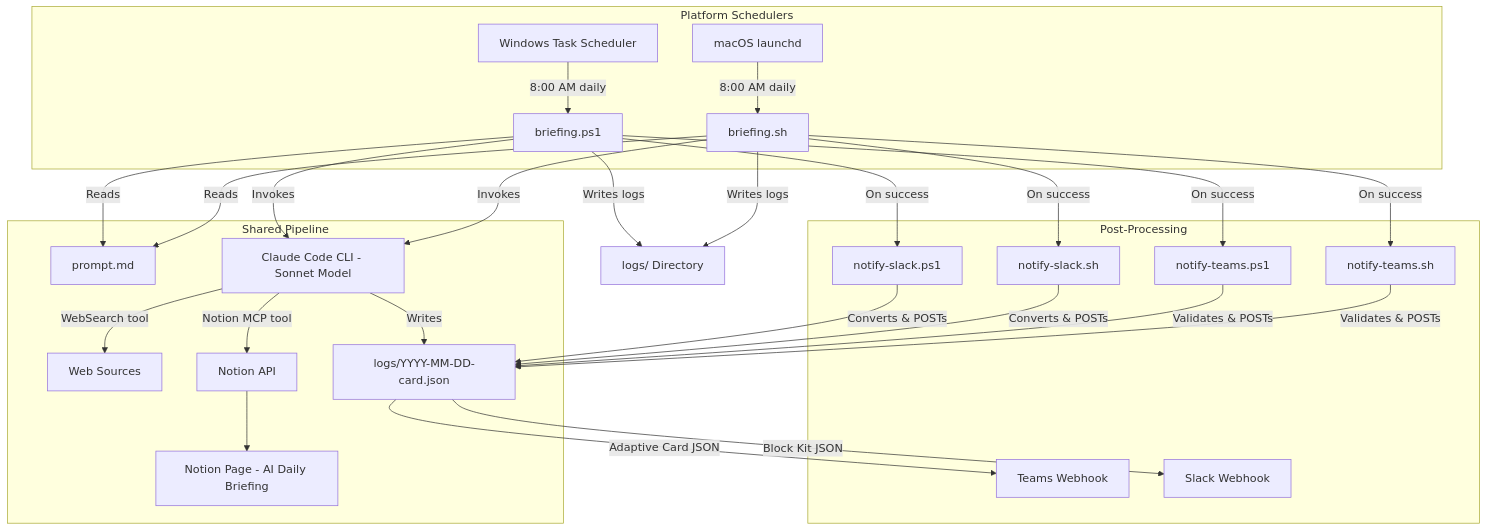
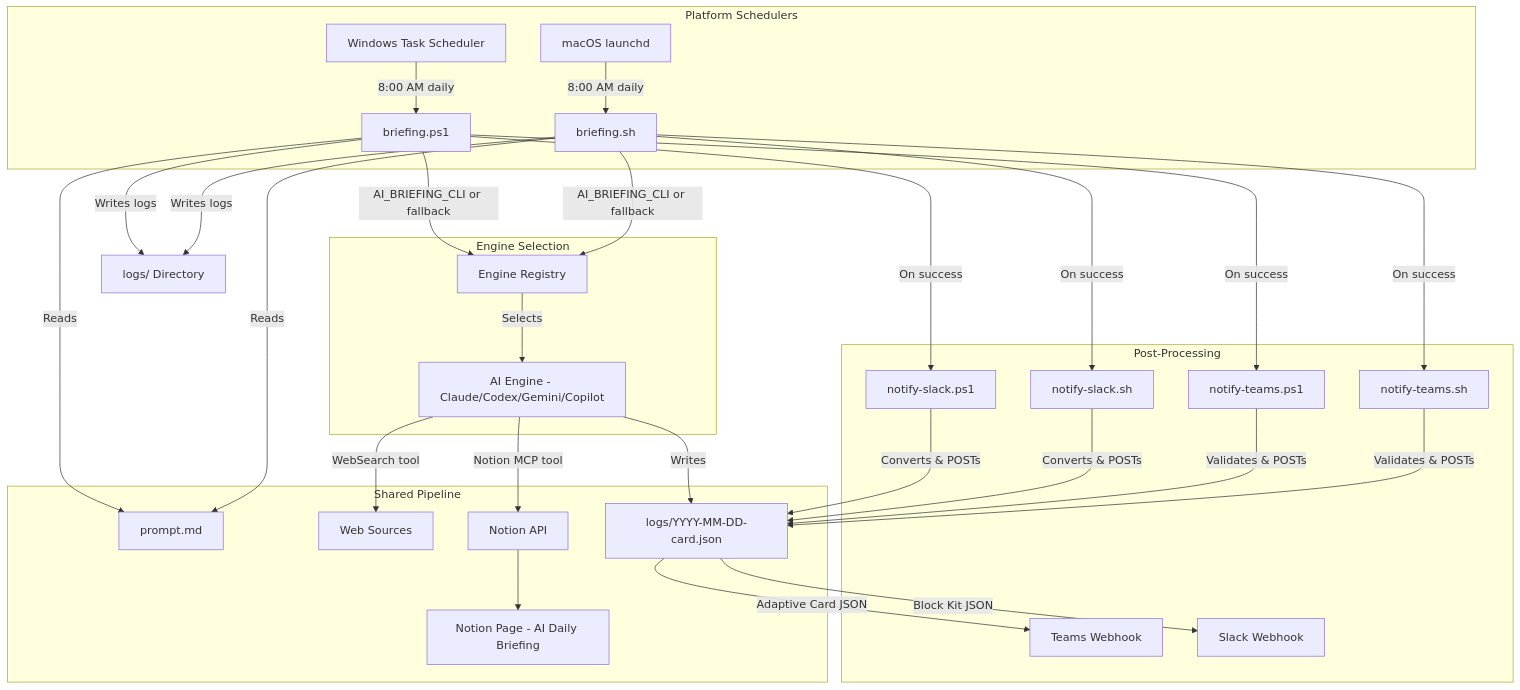
Before and after one commit to hoangsonww/ai-news-briefing: the first of 18 diagrams in ARCHITECTURE.md, drawn with Mermaid. The commit also changed other lines of this file and 9 other files, not shown here.

First line of the commit message:
feat: multi-CLI engine support with automatic fallback chain

````diff
--- a/ARCHITECTURE.md
+++ b/ARCHITECTURE.md
@@ -58,34 +61,38 @@
 ```mermaid
 graph TD
     subgraph "Platform Schedulers"
         A1[macOS launchd] -->|8:00 AM daily| B1[briefing.sh]
         A2[Windows Task Scheduler] -->|8:00 AM daily| B2[briefing.ps1]
     end
 
+    subgraph "Engine Selection"
+        B1 -->|AI_BRIEFING_CLI or fallback| ES[Engine Registry]
+        B2 -->|AI_BRIEFING_CLI or fallback| ES
+        ES -->|Selects| D[AI Engine - Claude/Codex/Gemini/Copilot]
+    end
+
     subgraph "Shared Pipeline"
         B1 -->|Reads| P[prompt.md]
         B2 -->|Reads| P
-        B1 -->|Invokes| D[Claude Code CLI - Sonnet Model]
-        B2 -->|Invokes| D
         D -->|WebSearch tool| E[Web Sources]
         D -->|Notion MCP tool| F[Notion API]
         F --> G[Notion Page - AI Daily Briefing]
         D -->|Writes| CJ["logs/YYYY-MM-DD-card.json"]
     end
 
     subgraph "Post-Processing"
         B1 -->|On success| T1[notify-teams.sh]
         B2 -->|On success| T2[notify-teams.ps1]
         T1 -->|Validates & POSTs| CJ
         T2 -->|Validates & POSTs| CJ
         CJ -->|Adaptive Card JSON| TW[Teams Webhook]
         B1 -->|On success| S1[notify-slack.sh]
         B2 -->|On success| S2[notify-slack.ps1]
         S1 -->|Converts & POSTs| CJ
         S2 -->|Converts & POSTs| CJ
         CJ -->|Block Kit JSON| SW[Slack Webhook]
     end
 
     B1 -->|Writes logs| H[logs/ Directory]
     B2 -->|Writes logs| H
 ```
````
